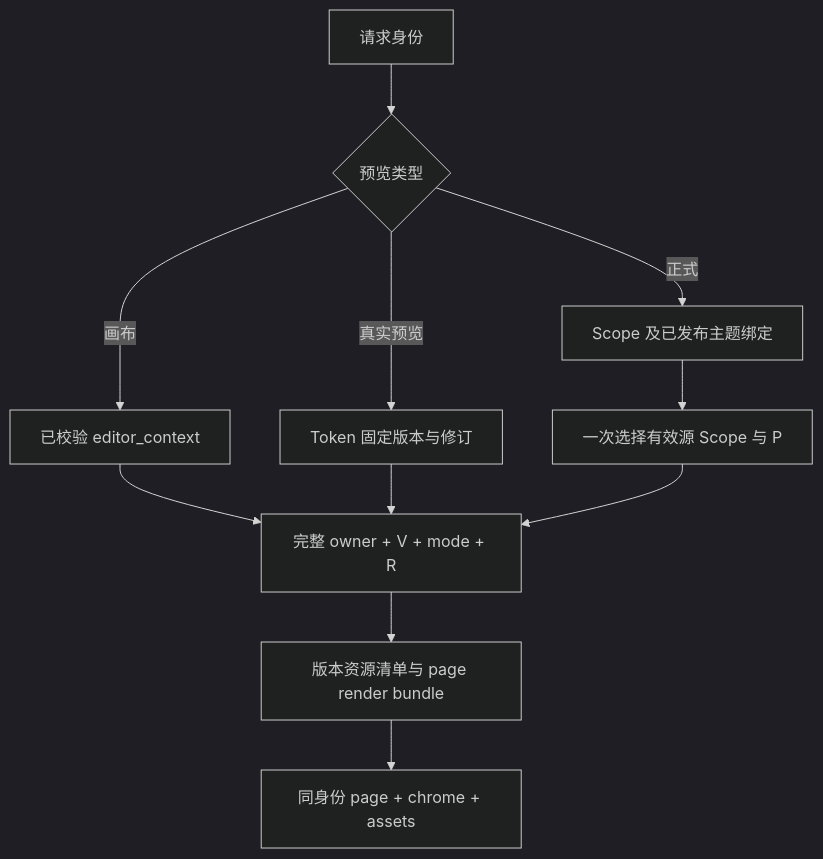
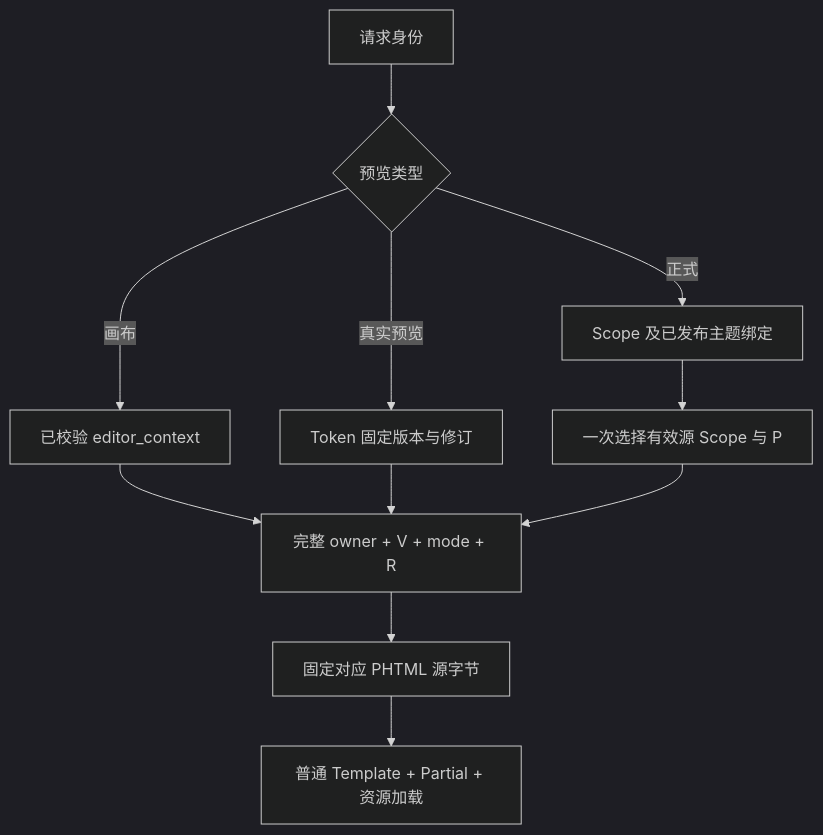
The diagram in app/code/Weline/Theme/doc/开发/spec/layout-entity-per-version-isolation.md (Aiweline/WelineFramework), drawn with Mermaid (dark theme) before and after one commit. The commit also changed other lines of this file and 411 other files, not shown here.

````diff
--- a/app/code/Weline/Theme/doc/开发/spec/layout-entity-per-version-isolation.md
+++ b/app/code/Weline/Theme/doc/开发/spec/layout-entity-per-version-isolation.md
@@ -152,13 +145,13 @@
 ```mermaid
 flowchart TD
     A[请求身份] --> B{预览类型}
     B -->|画布| C[已校验 editor_context]
     B -->|真实预览| D[Token 固定版本与修订]
     B -->|正式| E[Scope 及已发布主题绑定]
     C --> F[完整 owner + V + mode + R]
     D --> F
     E --> G[一次选择有效源 Scope 与 P]
     G --> F
-    F --> H[版本资源清单与 page render bundle]
-    H --> I[同身份 page + chrome + assets]
+    F --> H[固定对应 PHTML 源字节]
+    H --> I[普通 Template + Partial + 资源加载]
 ```
````
